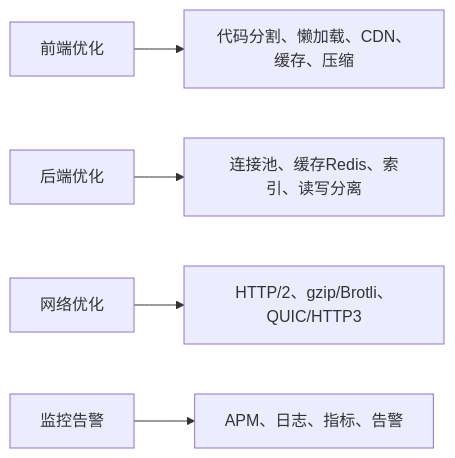
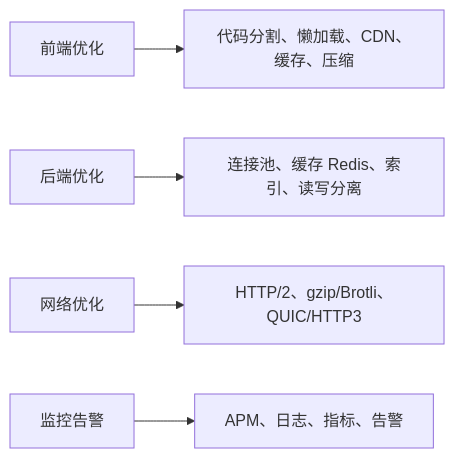
The second of 3 diagrams in 05_ComputerScience/EngineeringDevelopment/WebDevelopment/前端框架与后端架构.md (Tianshang301/TianshangKnowledgeBase), drawn with Mermaid before and after one commit. The commit also changed other lines of this file and 2257 other files, not shown here.

````diff
--- a/05_ComputerScience/EngineeringDevelopment/WebDevelopment/前端框架与后端架构.md
+++ b/05_ComputerScience/EngineeringDevelopment/WebDevelopment/前端框架与后端架构.md
@@ -278,7 +278,7 @@
 ```mermaid
 graph LR
     F[前端优化] --> FC[代码分割、懒加载、CDN、缓存、压缩]
-    B[后端优化] --> BC[连接池、缓存Redis、索引、读写分离]
+    B[后端优化] --> BC[连接池、缓存 Redis、索引、读写分离]
     N[网络优化] --> NC[HTTP/2、gzip/Brotli、QUIC/HTTP3]
     M[监控告警] --> MC[APM、日志、指标、告警]
 ```
````
